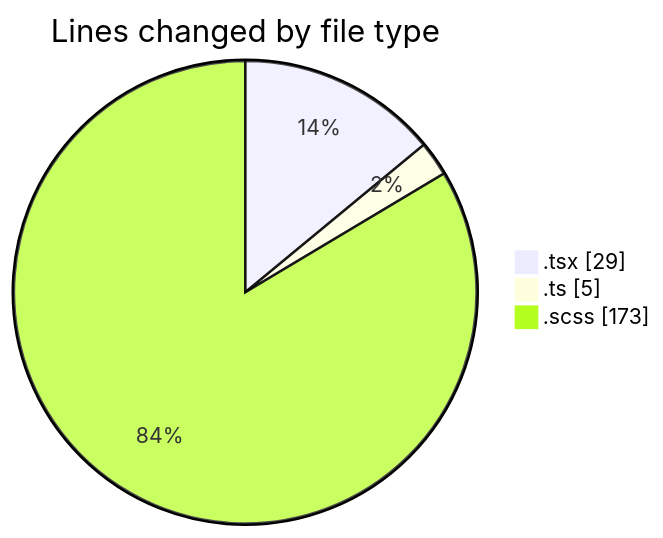
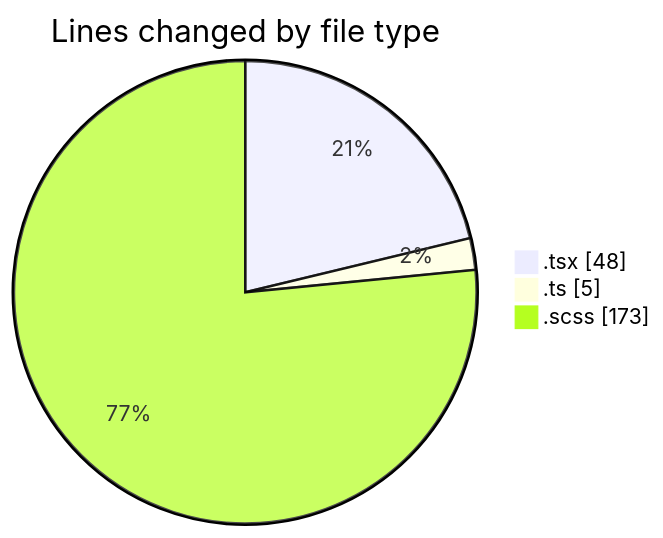
The first of 2 diagrams in 2025-02-28/cda/README.md (momahboobian/code-tracking), drawn with Mermaid before and after one commit. The commit also changed other lines of this file and 1 other file, not shown here.

````diff
--- a/2025-02-28/cda/README.md
+++ b/2025-02-28/cda/README.md
@@ -24,7 +24,7 @@
 ```mermaid
 pie showData
 title Lines changed by file type
-".tsx" : 29
+".tsx" : 48
 ".ts" : 5
 ".scss" : 173
 ```
````
